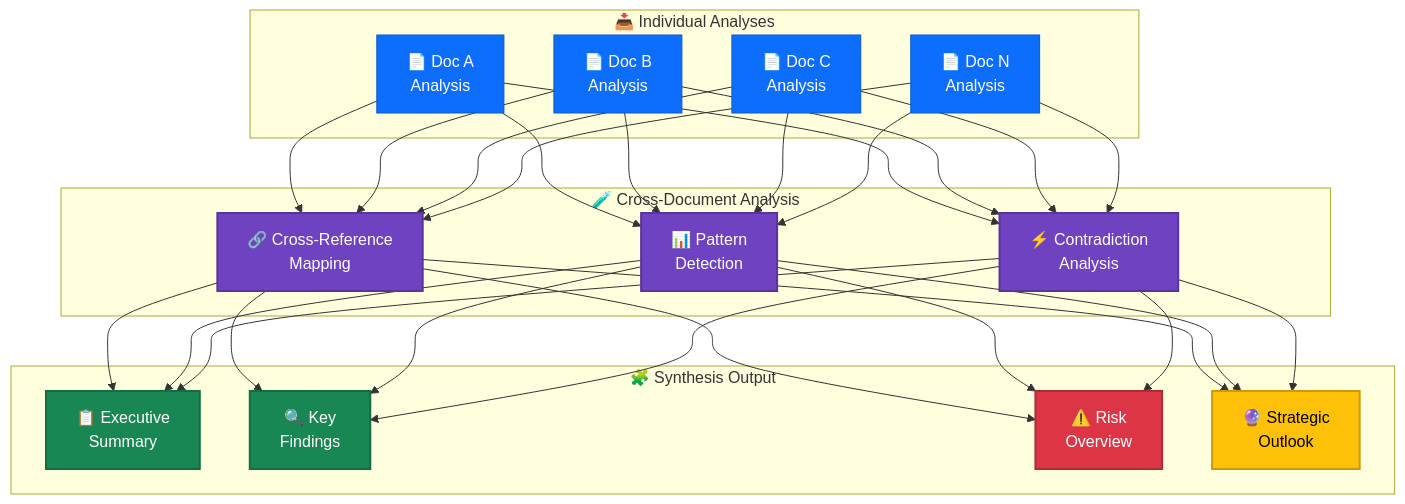
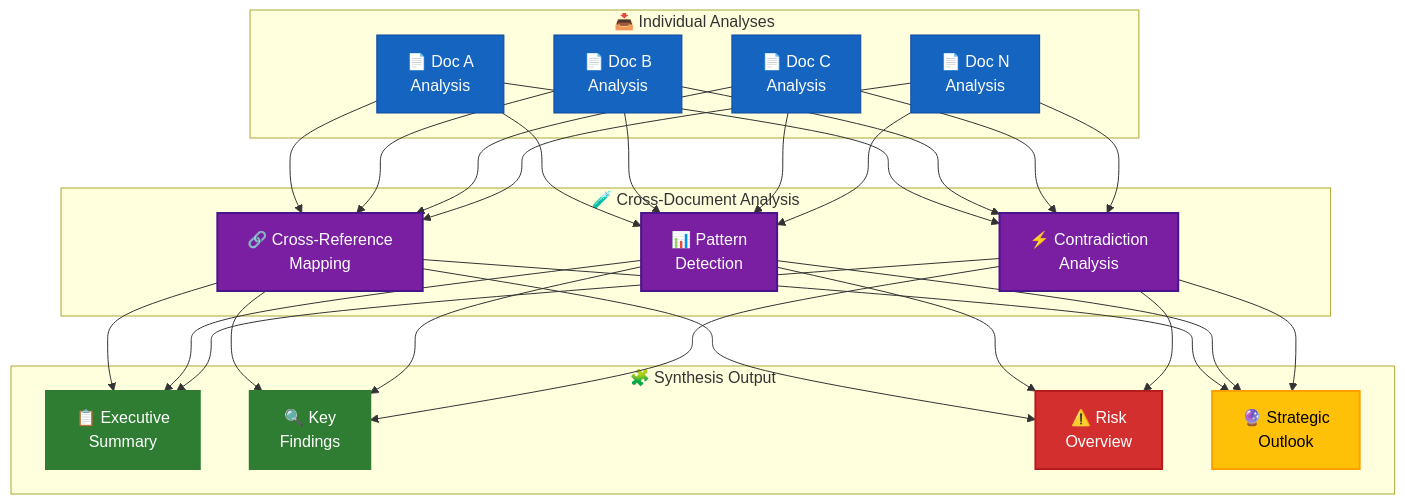
The sixth of 9 diagrams in analysis/templates/README.md (Hack23/riksdagsmonitor), drawn with Mermaid before and after one commit. The commit also changed other lines of this file and 14 other files, not shown here.

First line of the commit message:
Align analysis/ mermaid diagrams with ISMS Style Guide palette and convert SWOT to quadrantChart

````diff
--- a/analysis/templates/README.md
+++ b/analysis/templates/README.md
@@ -415,37 +415,37 @@
 ```mermaid
 flowchart TB
     subgraph "📥 Individual Analyses"
         A1["📄 Doc A<br/>Analysis"]
         A2["📄 Doc B<br/>Analysis"]
         A3["📄 Doc C<br/>Analysis"]
         AN["📄 Doc N<br/>Analysis"]
     end
 
     subgraph "🧪 Cross-Document Analysis"
         XREF["🔗 Cross-Reference<br/>Mapping"]
         PATTERN["📊 Pattern<br/>Detection"]
         CONFLICT["⚡ Contradiction<br/>Analysis"]
     end
 
     subgraph "🧩 Synthesis Output"
         EXEC_S["📋 Executive<br/>Summary"]
         FIND["🔍 Key<br/>Findings"]
         RISK_O["⚠️ Risk<br/>Overview"]
         OUTLOOK["🔮 Strategic<br/>Outlook"]
     end
 
     A1 & A2 & A3 & AN --> XREF & PATTERN & CONFLICT
     XREF & PATTERN & CONFLICT --> EXEC_S & FIND & RISK_O & OUTLOOK
 
-    style A1 fill:#0d6efd,color:#fff,stroke:#0a58ca
-    style A2 fill:#0d6efd,color:#fff,stroke:#0a58ca
-    style A3 fill:#0d6efd,color:#fff,stroke:#0a58ca
-    style AN fill:#0d6efd,color:#fff,stroke:#0a58ca
-    style XREF fill:#6f42c1,color:#fff,stroke:#59359a,stroke-width:2px
-    style PATTERN fill:#6f42c1,color:#fff,stroke:#59359a,stroke-width:2px
-    style CONFLICT fill:#6f42c1,color:#fff,stroke:#59359a,stroke-width:2px
-    style EXEC_S fill:#198754,color:#fff,stroke:#146c43,stroke-width:2px
-    style FIND fill:#198754,color:#fff,stroke:#146c43,stroke-width:2px
-    style RISK_O fill:#dc3545,color:#fff,stroke:#b02a37,stroke-width:2px
-    style OUTLOOK fill:#ffc107,color:#000,stroke:#cc9a06,stroke-width:2px
+    style A1 fill:#1565C0,color:#FFFFFF,stroke:#0D47A1
+    style A2 fill:#1565C0,color:#FFFFFF,stroke:#0D47A1
+    style A3 fill:#1565C0,color:#FFFFFF,stroke:#0D47A1
+    style AN fill:#1565C0,color:#FFFFFF,stroke:#0D47A1
+    style XREF fill:#7B1FA2,color:#FFFFFF,stroke:#4A148C,stroke-width:2px
+    style PATTERN fill:#7B1FA2,color:#FFFFFF,stroke:#4A148C,stroke-width:2px
+    style CONFLICT fill:#7B1FA2,color:#FFFFFF,stroke:#4A148C,stroke-width:2px
+    style EXEC_S fill:#2E7D32,color:#FFFFFF,stroke:#2E7D32,stroke-width:2px
+    style FIND fill:#2E7D32,color:#FFFFFF,stroke:#2E7D32,stroke-width:2px
+    style RISK_O fill:#D32F2F,color:#FFFFFF,stroke:#B71C1C,stroke-width:2px
+    style OUTLOOK fill:#FFC107,color:#000000,stroke:#FFA000,stroke-width:2px
 ```
````
